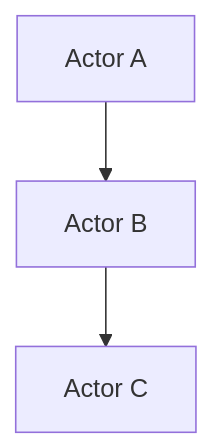
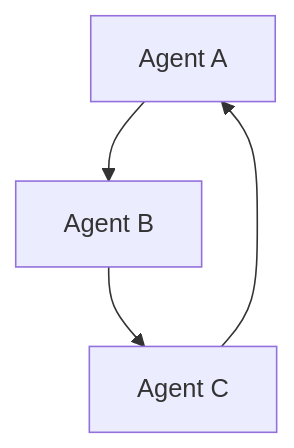
Diagram 13 of 15 in README.md (nogeniuss/arquiteturas-de-software), drawn with Mermaid before and after one commit. The commit also changed other lines of this file, not shown here.

````diff
--- a/README.md
+++ b/README.md
@@ -178,5 +113,6 @@
 ```mermaid
 graph TD
-    A[Actor A] --> B[Actor B]
-    B --> C[Actor C]
+    A[Agent A] --> B[Agent B]
+    B --> C[Agent C]
+    C --> A
 ```
````
